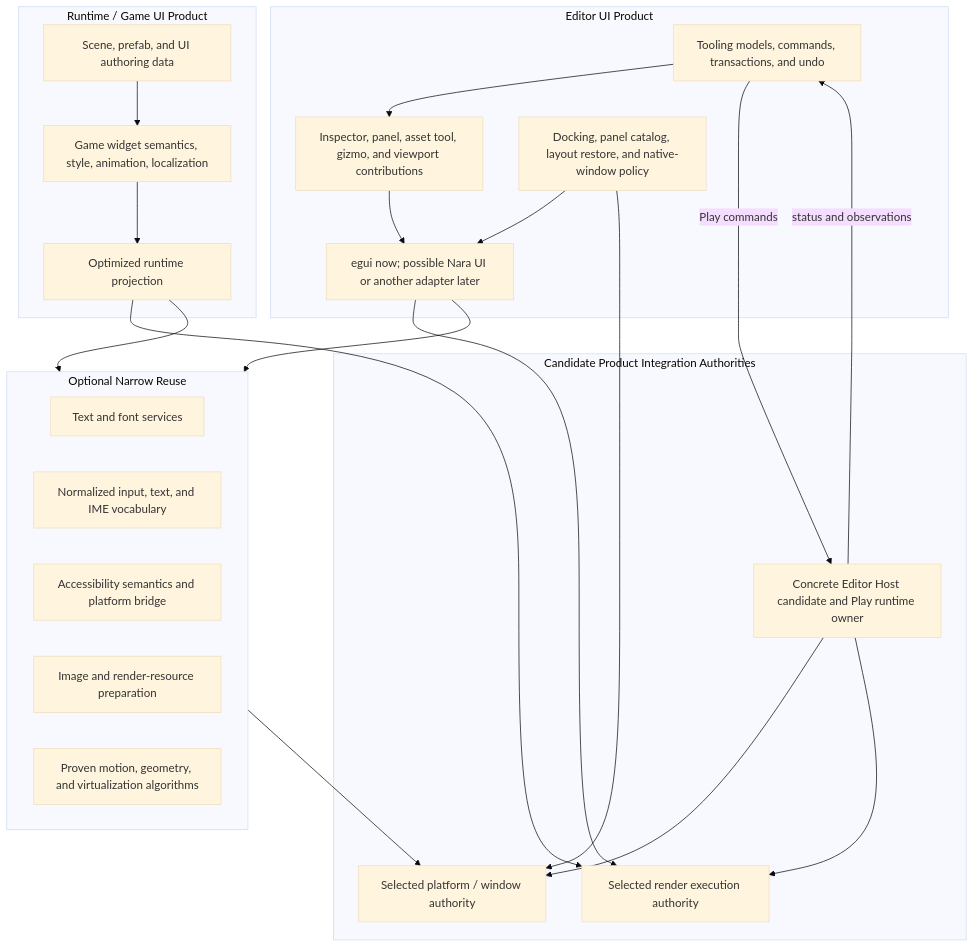
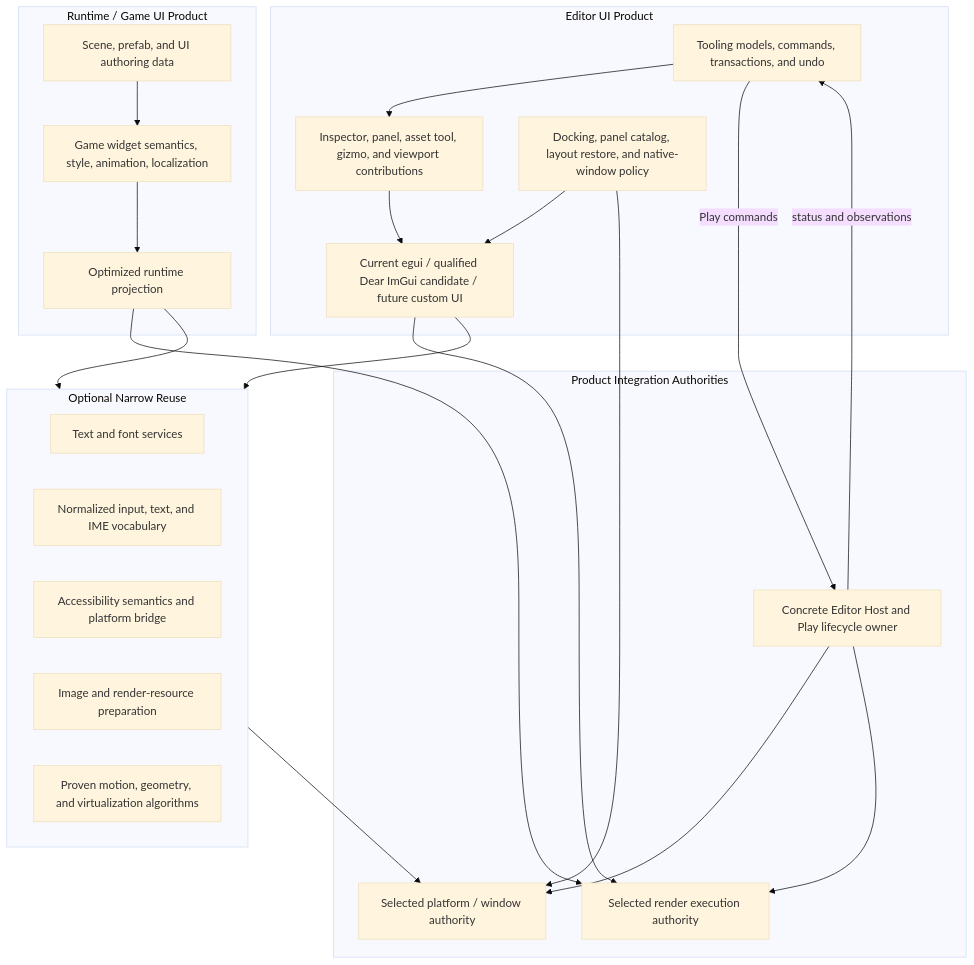
One commit to Latias94/nara changed the diagram in docs/architecture/ui-product-boundaries-editor-dogfood-and-porting-strategy.md. Above: the diagram before and after it, drawn with Mermaid (base theme). The commit also changed other lines of this file and 18 other files, not shown here.

````diff
--- a/docs/architecture/ui-product-boundaries-editor-dogfood-and-porting-strategy.md
+++ b/docs/architecture/ui-product-boundaries-editor-dogfood-and-porting-strategy.md
@@ -61,43 +60,43 @@
 ```mermaid
 flowchart TB
   subgraph Game[Runtime / Game UI Product]
     GameDocs[Scene, prefab, and UI authoring data]
     GameSemantics[Game widget semantics, style, animation, localization]
     GameProjection[Optimized runtime projection]
     GameDocs --> GameSemantics --> GameProjection
   end
 
   subgraph Editor[Editor UI Product]
     Tooling[Tooling models, commands, transactions, and undo]
     Contributions[Inspector, panel, asset tool, gizmo, and viewport contributions]
-    Adapter[egui now; possible Nara UI or another adapter later]
+    Adapter[Current egui / qualified Dear ImGui candidate / future custom UI]
     Shell[Docking, panel catalog, layout restore, and native-window policy]
     Tooling --> Contributions --> Adapter
     Shell --> Adapter
   end
 
   subgraph Narrow[Optional Narrow Reuse]
     Text[Text and font services]
     Input[Normalized input, text, and IME vocabulary]
     A11y[Accessibility semantics and platform bridge]
     Resources[Image and render-resource preparation]
     Algorithms[Proven motion, geometry, and virtualization algorithms]
   end
 
-  subgraph Authorities[Candidate Product Integration Authorities]
-    EditorHost[Concrete Editor Host candidate and Play runtime owner]
+  subgraph Authorities[Product Integration Authorities]
+    EditorHost[Concrete Editor Host and Play lifecycle owner]
     Platform[Selected platform / window authority]
     Render[Selected render execution authority]
   end
 
   GameProjection --> Narrow
   Adapter --> Narrow
   GameProjection --> Render
   Adapter --> Render
   Shell --> Platform
   Tooling -->|Play commands| EditorHost
   EditorHost -->|status and observations| Tooling
   EditorHost --> Platform
   EditorHost --> Render
   Narrow --> Platform
 ```
````
